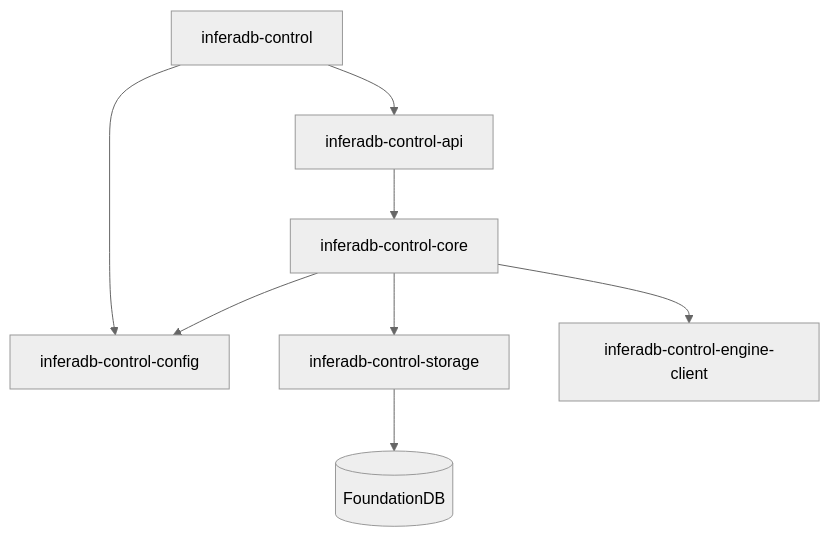
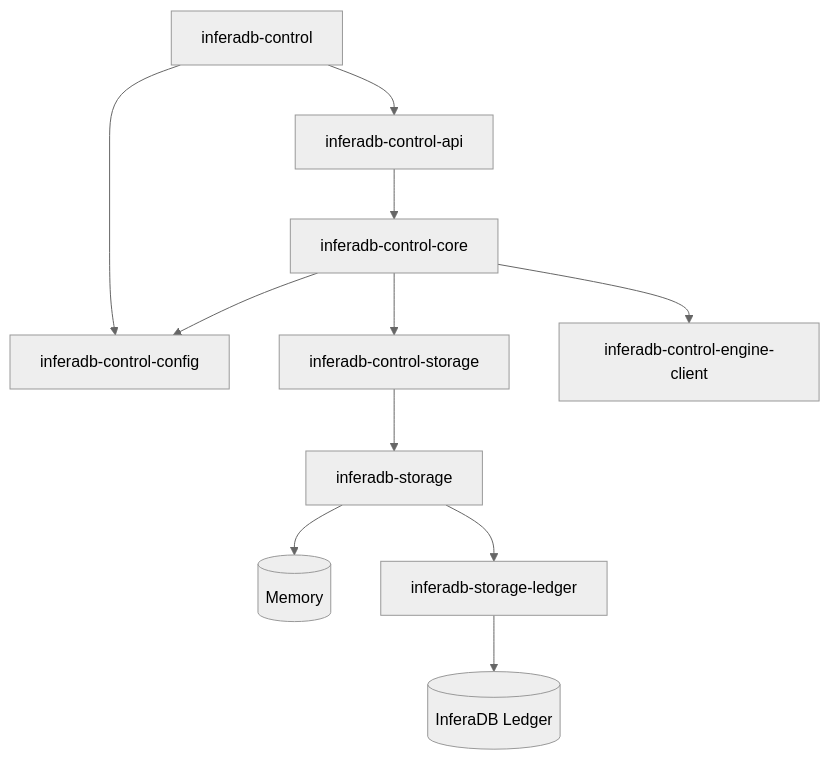
The diagram in README.md (inferadb/control), drawn with Mermaid (neutral theme) before and after one commit. The commit also changed other lines of this file and 11 other files, not shown here.

````diff
--- a/README.md
+++ b/README.md
@@ -70,10 +70,13 @@
 ```mermaid
 graph TD
     Bin[inferadb-control] --> API[inferadb-control-api]
     Bin --> Config[inferadb-control-config]
     API --> Core[inferadb-control-core]
     Core --> Config
     Core --> Storage[inferadb-control-storage]
-    Storage --> FDB[(FoundationDB)]
+    Storage --> SharedStorage[inferadb-storage]
+    SharedStorage --> Memory[(Memory)]
+    SharedStorage --> StorageLedger[inferadb-storage-ledger]
+    StorageLedger --> Ledger[(InferaDB Ledger)]
     Core --> Engine[inferadb-control-engine-client]
 ```
````
